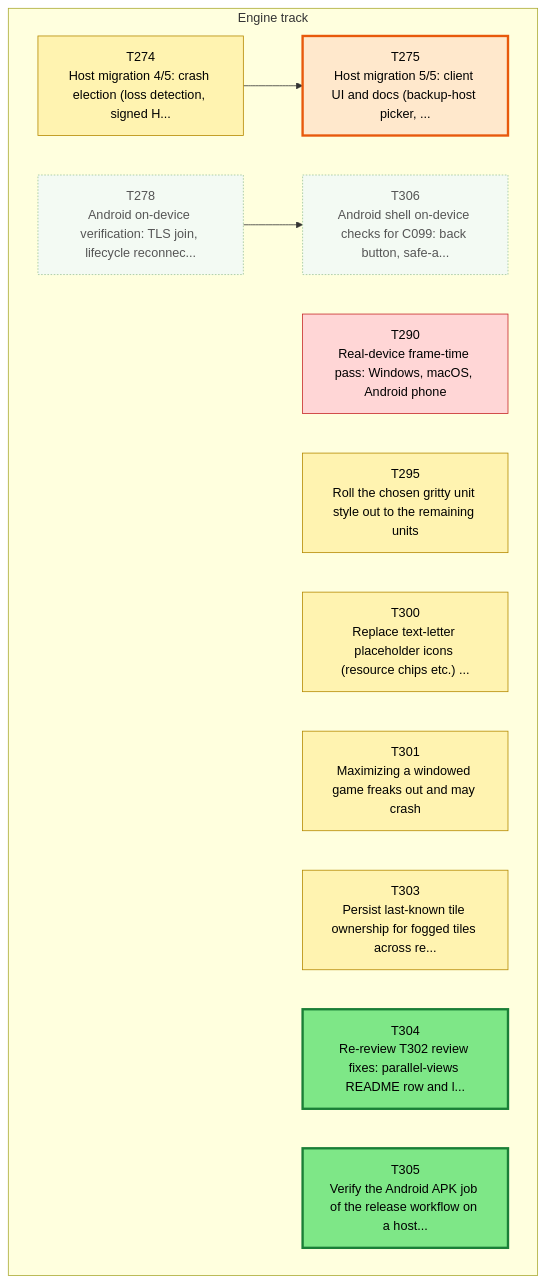
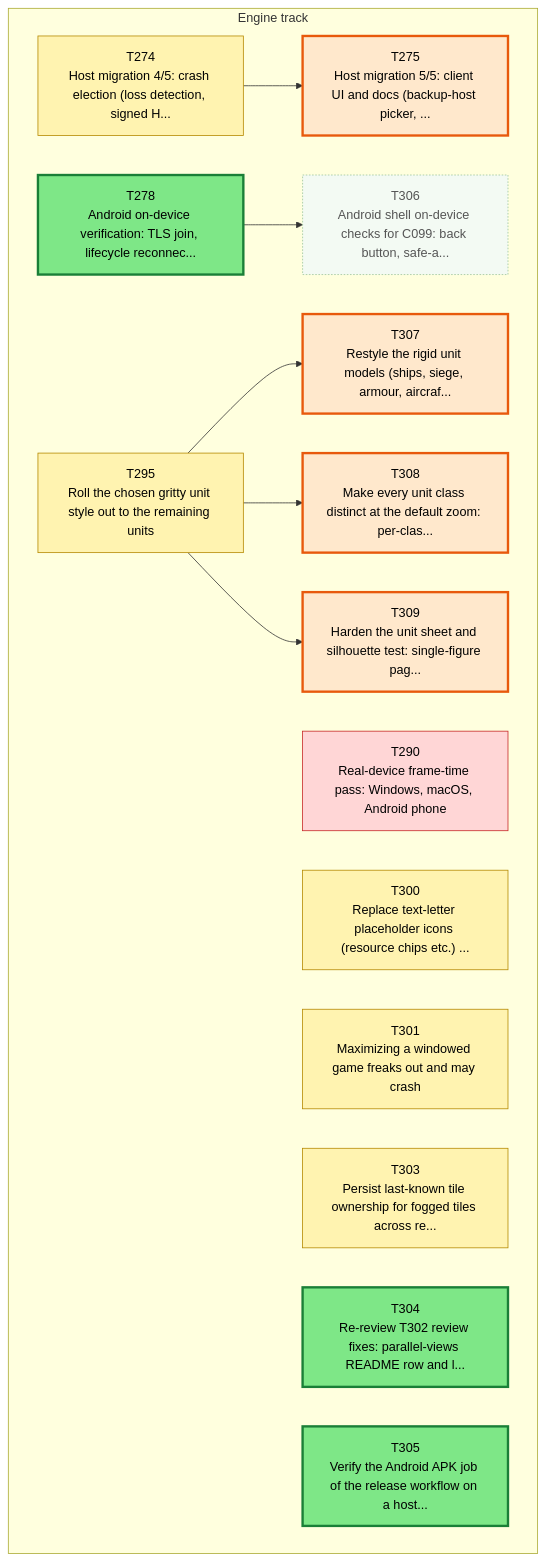
The first of 3 diagrams in csharp/migration/DEPENDENCY_MAP.md (Kenmura/Unciv), drawn with Mermaid before and after one commit. The commit also changed other lines of this file and 116 other files, not shown here.

First line of the commit message:
T295: Option 3 fur style on all humanoid and mounted units, silhouette test, real-GPU unit sheet, review fixes

````diff
--- a/csharp/migration/DEPENDENCY_MAP.md
+++ b/csharp/migration/DEPENDENCY_MAP.md
@@ -35,36 +35,45 @@
 ```mermaid
 flowchart TD
   subgraph TTRACK["Engine track"]
     T274["T274<br/>Host migration 4/5: crash election (loss detection, signed H..."]
     T275["T275<br/>Host migration 5/5: client UI and docs (backup-host picker, ..."]
     T278["T278<br/>Android on-device verification: TLS join, lifecycle reconnec..."]
     T290["T290<br/>Real-device frame-time pass: Windows, macOS, Android phone"]
     T295["T295<br/>Roll the chosen gritty unit style out to the remaining units"]
     T300["T300<br/>Replace text-letter placeholder icons (resource chips etc.) ..."]
     T301["T301<br/>Maximizing a windowed game freaks out and may crash"]
     T303["T303<br/>Persist last-known tile ownership for fogged tiles across re..."]
     T304["T304<br/>Re-review T302 review fixes: parallel-views README row and l..."]
     T305["T305<br/>Verify the Android APK job of the release workflow on a host..."]
     T306["T306<br/>Android shell on-device checks for C099: back button, safe-a..."]
+    T307["T307<br/>Restyle the rigid unit models (ships, siege, armour, aircraf..."]
+    T308["T308<br/>Make every unit class distinct at the default zoom: per-clas..."]
+    T309["T309<br/>Harden the unit sheet and silhouette test: single-figure pag..."]
   end
   T274 --> T275
   T278 --> T306
+  T295 --> T307
+  T295 --> T308
+  T295 --> T309
   classDef waiting fill:#f3faf3,stroke:#9bc49b,color:#555,stroke-dasharray:2 2
   classDef ondeck fill:#ffe8cc,stroke:#e8590c,stroke-width:3px,color:#000
   classDef ready fill:#7ee787,stroke:#1a7f37,stroke-width:3px,color:#000
   classDef prog fill:#fff3b0,stroke:#b58900,color:#000
   classDef review fill:#cfe4ff,stroke:#1f6feb,color:#000
   classDef blocked fill:#ffd6d6,stroke:#c62828,color:#000
   classDef done fill:#eeeeee,stroke:#999999,color:#666,stroke-dasharray:4 3
   class T274 prog
   class T275 ondeck
-  class T278 waiting
+  class T278 ready
   class T290 blocked
   class T295 prog
   class T300 prog
   class T301 prog
   class T303 prog
   class T304 ready
   class T305 ready
   class T306 waiting
+  class T307 ondeck
+  class T308 ondeck
+  class T309 ondeck
 ```
````
